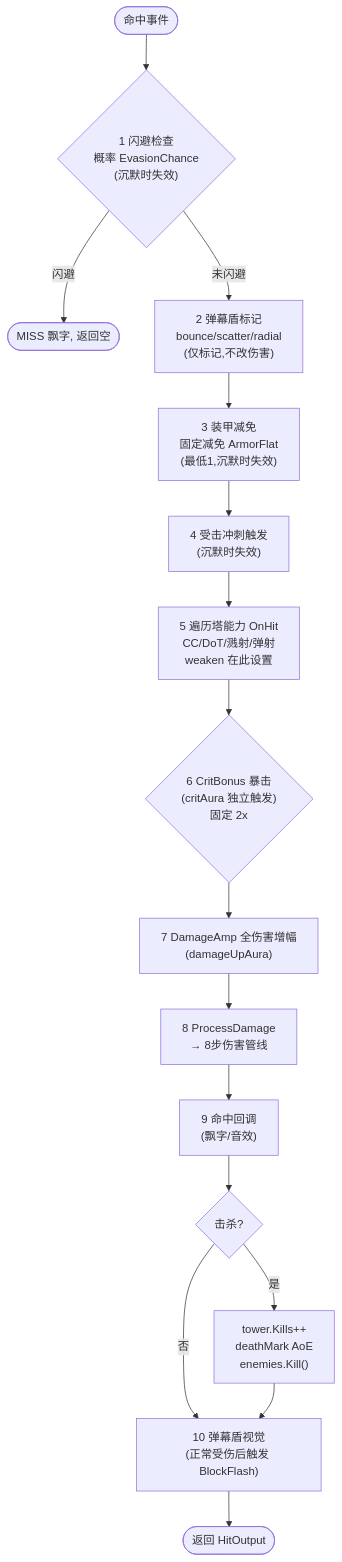
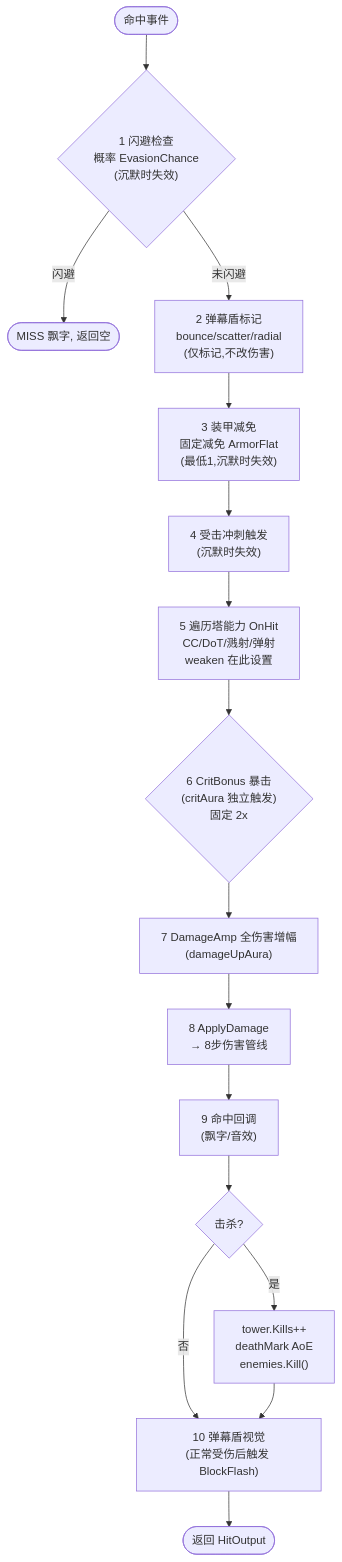
The sixth of 6 diagrams in docs/architecture/overview.md (yushion-yang/defense2), drawn with Mermaid before and after one commit. The commit also changed other lines of this file and 68 other files, not shown here.

````diff
--- a/docs/architecture/overview.md
+++ b/docs/architecture/overview.md
@@ -266,37 +266,37 @@
 ```mermaid
 flowchart TD
     Hit([命中事件]) --> Evasion{"1 闪避检查\n概率 EvasionChance\n(沉默时失效)"}
     Evasion -->|闪避| Miss([MISS 飘字, 返回空])
     Evasion -->|未闪避| Shield
 
     Shield["2 弹幕盾标记\nbounce/scatter/radial\n(仅标记,不改伤害)"]
     Shield --> Armor
 
     Armor["3 装甲减免\n固定减免 ArmorFlat\n(最低1,沉默时失效)"]
     Armor --> Dash
 
     Dash["4 受击冲刺触发\n(沉默时失效)"]
     Dash --> OnHit
 
     OnHit["5 遍历塔能力 OnHit\nCC/DoT/溅射/弹射\nweaken 在此设置"]
     OnHit --> Crit
 
     Crit{"6 CritBonus 暴击\n(critAura 独立触发)\n固定 2x"}
     Crit --> Amp
 
     Amp["7 DamageAmp 全伤害增幅\n(damageUpAura)"]
     Amp --> Pipeline
 
-    Pipeline["8 ProcessDamage\n→ 8步伤害管线"]
+    Pipeline["8 ApplyDamage\n→ 8步伤害管线"]
     Pipeline --> Callback
 
     Callback["9 命中回调\n(飘字/音效)"]
     Callback --> Kill{"击杀?"}
 
     Kill -->|是| Death["tower.Kills++\ndeathMark AoE\nenemies.Kill()"]
     Kill -->|否| ShieldVFX
 
     Death --> ShieldVFX
     ShieldVFX["10 弹幕盾视觉\n(正常受伤后触发 BlockFlash)"]
     ShieldVFX --> Result([返回 HitOutput])
 ```
````
